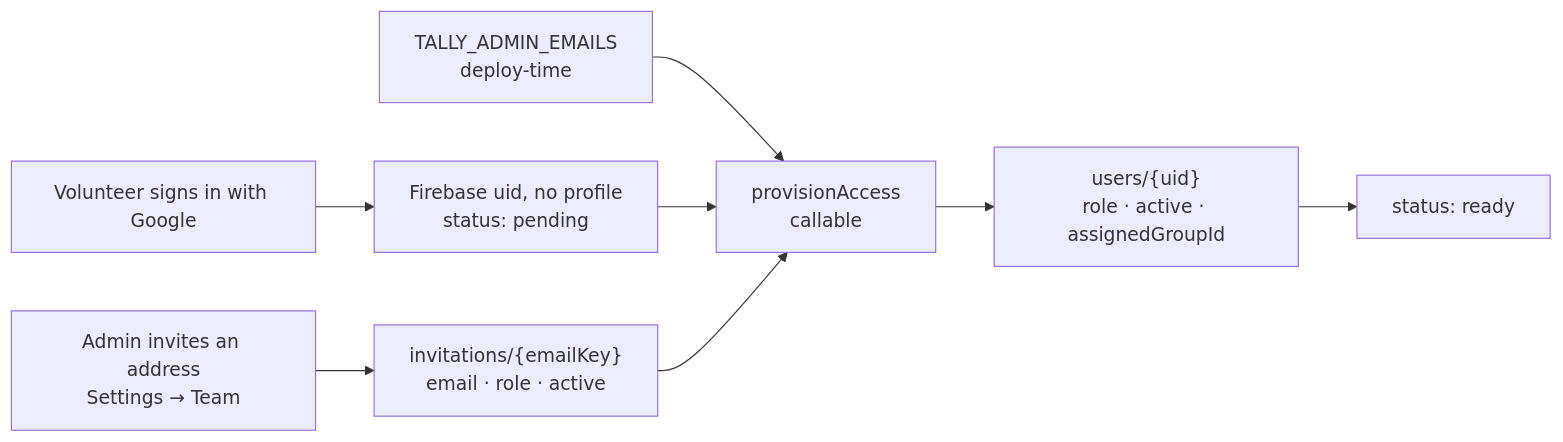
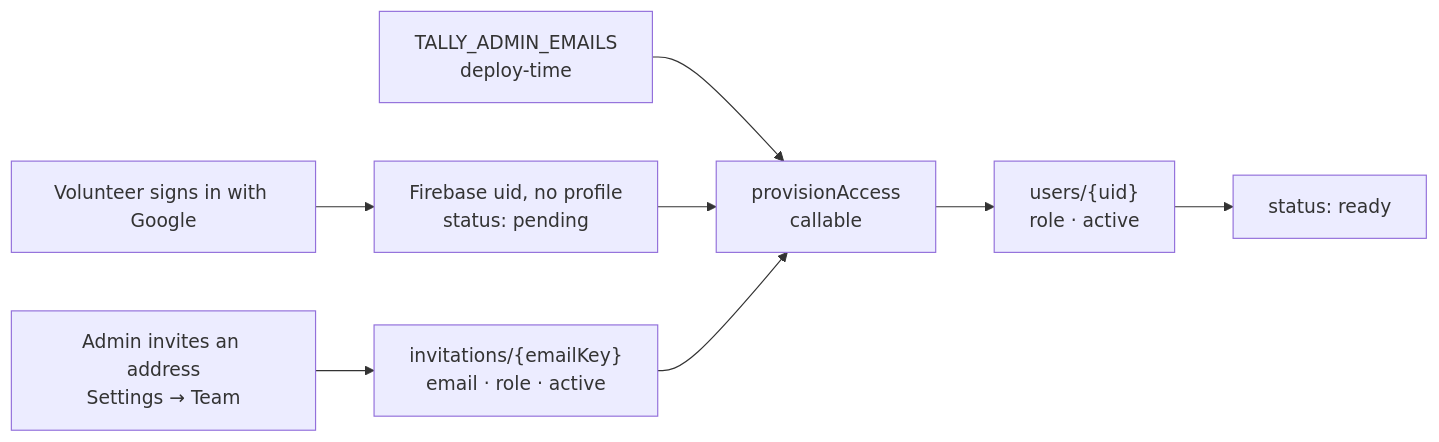
One commit to vrwarp/tally changed the diagram in docs/planning-center.md. Above: the diagram before and after it, drawn with Mermaid. The commit also changed other lines of this file and 61 other files, not shown here.

````diff
--- a/docs/planning-center.md
+++ b/docs/planning-center.md
@@ -223,10 +223,10 @@
 ```mermaid
 flowchart LR
   A["Admin invites an address<br/>Settings → Team"] --> B["invitations/{emailKey}<br/>email · role · active"]
   C["TALLY_ADMIN_EMAILS<br/>deploy-time"] --> F
   D["Volunteer signs in with Google"] --> E["Firebase uid, no profile<br/>status: pending"]
   E --> F["provisionAccess<br/>callable"]
   B --> F
-  F --> G["users/{uid}<br/>role · active · assignedGroupId"]
+  F --> G["users/{uid}<br/>role · active"]
   G --> H["status: ready"]
 ```
````
